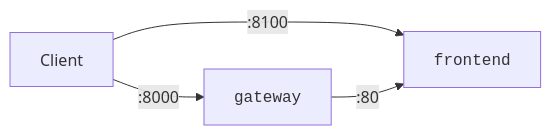
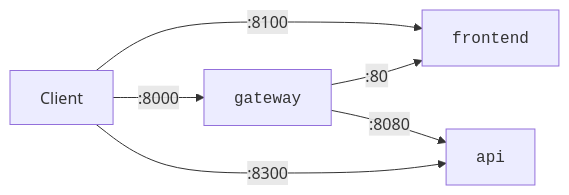
Before and after one commit to bvfnbk/planning-poker: the first of 2 diagrams in README.md, drawn with Mermaid. The commit also changed other lines of this file, not shown here.

Commit message:
#13 Added API service to project README.md.

````diff
--- a/README.md
+++ b/README.md
@@ -84,9 +88,12 @@
 ```mermaid
 flowchart LR
   Frontend["<code>frontend</code>"]
   Gateway["<code>gateway</code>"]
+  API["<code>api</code>"]
   Client
   Client -- :8000 --> Gateway
   Client -- :8100 --> Frontend
   Gateway -- :80 --> Frontend
+  Gateway -- :8080 --> API
+  Client -- :8300 --> API
 ```
````
